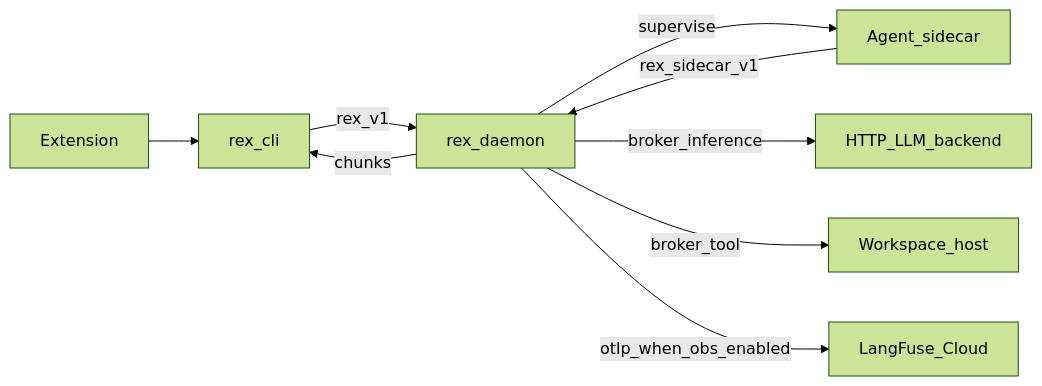
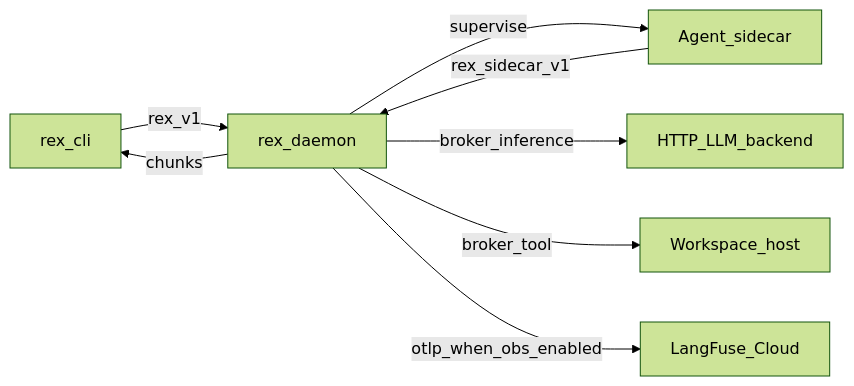
The diagram in docs/MVP_SPEC.md (thsfranca/rex), drawn with Mermaid (forest theme) before and after one commit. The commit also changed other lines of this file and 218 other files, not shown here.

First line of the commit message:
chore: remove vscode extension from rex (#333)

````diff
--- a/docs/MVP_SPEC.md
+++ b/docs/MVP_SPEC.md
@@ -31,18 +30,16 @@
 ```mermaid
 flowchart LR
-  IDE[Extension]
-  CLI[rex_cli]
-  Daemon[rex_daemon]
-  Sidecar[Agent_sidecar]
-  LLM[HTTP_LLM_backend]
-  Host[Workspace_host]
-  LangFuse[LangFuse_Cloud]
-  IDE --> CLI
-  CLI -->|rex_v1| Daemon
-  Daemon -->|supervise| Sidecar
-  Sidecar -->|rex_sidecar_v1| Daemon
-  Daemon -->|broker_inference| LLM
-  Daemon -->|broker_tool| Host
-  Daemon -->|chunks| CLI
-  Daemon -->|otlp_when_obs_enabled| LangFuse
+ CLI[rex_cli]
+ Daemon[rex_daemon]
+ Sidecar[Agent_sidecar]
+ LLM[HTTP_LLM_backend]
+ Host[Workspace_host]
+ LangFuse[LangFuse_Cloud]
+ CLI -->|rex_v1| Daemon
+ Daemon -->|supervise| Sidecar
+ Sidecar -->|rex_sidecar_v1| Daemon
+ Daemon -->|broker_inference| LLM
+ Daemon -->|broker_tool| Host
+ Daemon -->|chunks| CLI
+ Daemon -->|otlp_when_obs_enabled| LangFuse
 ```
````
